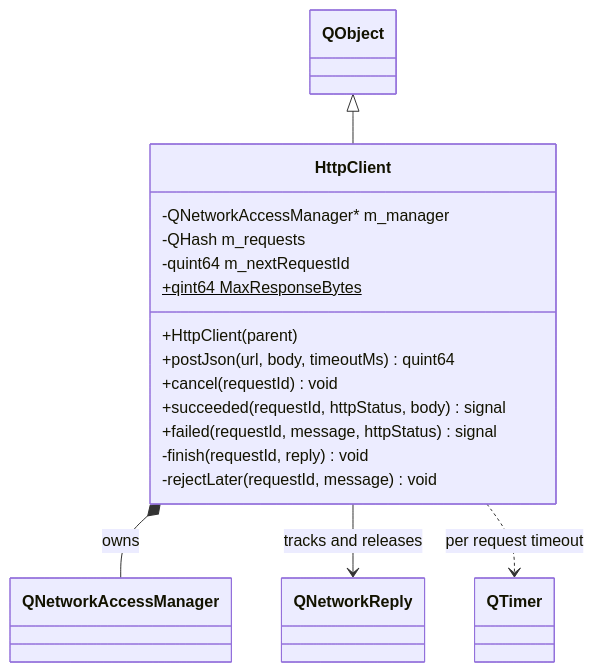
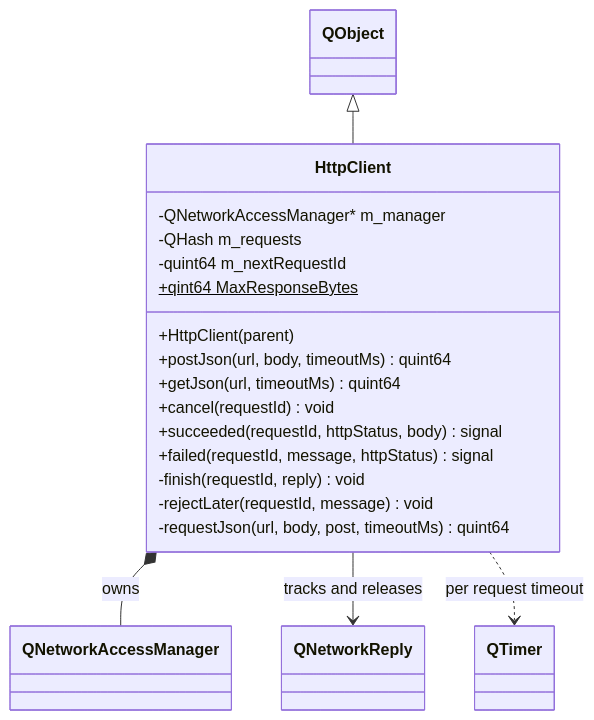
The diagram in docs/uml/HttpClient.mmd (kingsman-svg/OBS), drawn with Mermaid before and after one commit. The commit also changed 81 other files, not shown here.

```diff
--- a/docs/uml/HttpClient.mmd
+++ b/docs/uml/HttpClient.mmd
@@ -1,19 +1,21 @@
 classDiagram
 %% m_requests is QHash<quint64, QNetworkReply*>; comma-generics are not supported by Mermaid.
 class HttpClient {
   -QNetworkAccessManager* m_manager
   -QHash m_requests
   -quint64 m_nextRequestId
   +qint64 MaxResponseBytes$
   +HttpClient(parent)
   +postJson(url, body, timeoutMs) quint64
+  +getJson(url, timeoutMs) quint64
   +cancel(requestId) void
   +succeeded(requestId, httpStatus, body) signal
   +failed(requestId, message, httpStatus) signal
   -finish(requestId, reply) void
   -rejectLater(requestId, message) void
+  -requestJson(url, body, post, timeoutMs) quint64
 }
 QObject <|-- HttpClient
 HttpClient *-- QNetworkAccessManager : owns
 HttpClient --> QNetworkReply : tracks and releases
 HttpClient ..> QTimer : per request timeout
```
